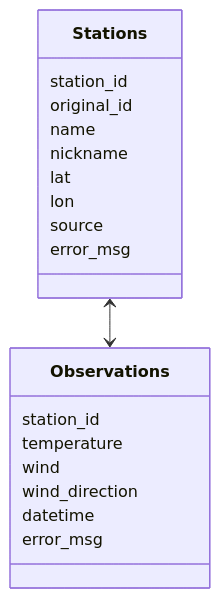
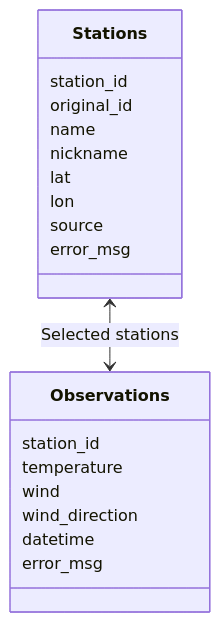
One commit to mcpaulafi/ot-harjoitustyo changed the second of 7 diagrams in documentation/architecture.md. Above: the diagram before and after it, drawn with Mermaid. The commit also changed other lines of this file and 10 other files, not shown here.

````diff
--- a/documentation/architecture.md
+++ b/documentation/architecture.md
@@ -32,22 +32,22 @@
 ```mermaid
  classDiagram
-    Stations <--> Observations
+    Stations <--> Observations:Selected stations
     class Stations {
         station_id
         original_id
         name
         nickname
         lat
         lon
         source
         error_msg
     }
     class Observations {
         station_id
         temperature
         wind
         wind_direction
         datetime
         error_msg
     }
 ```
````
